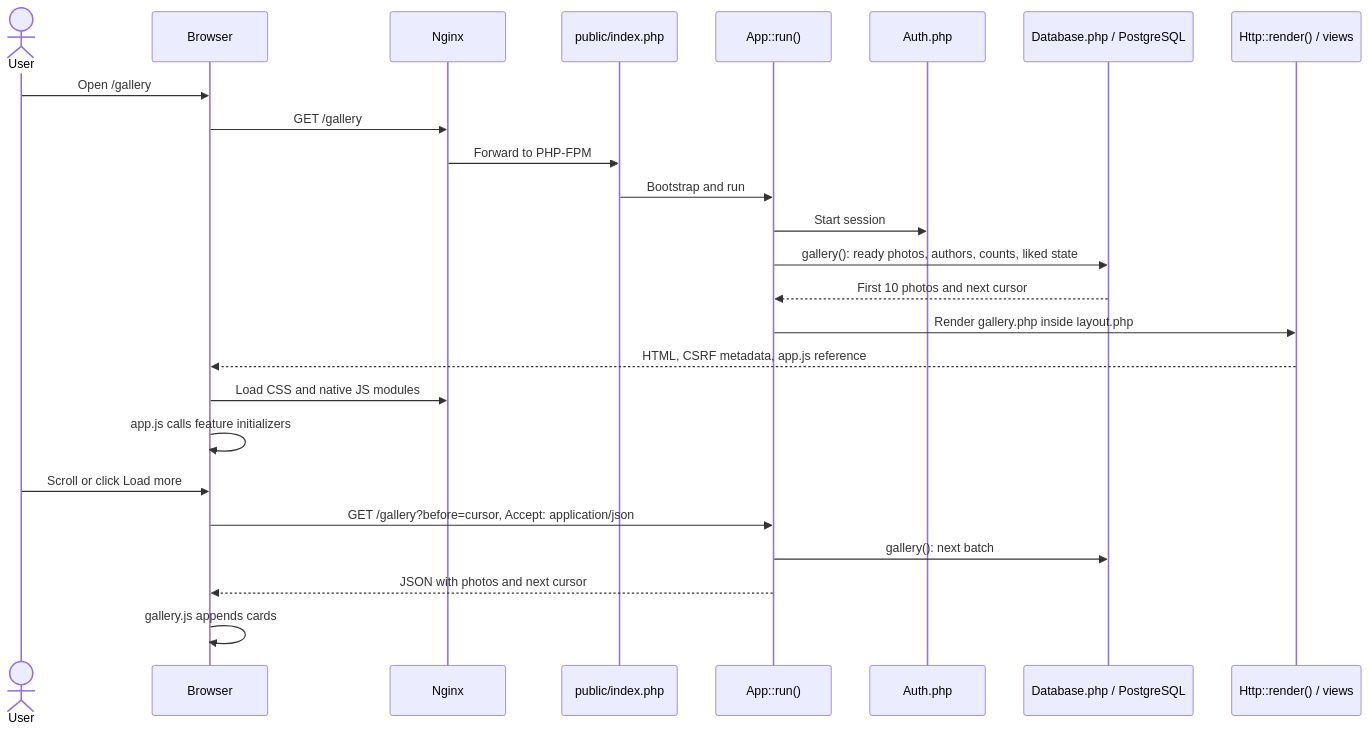
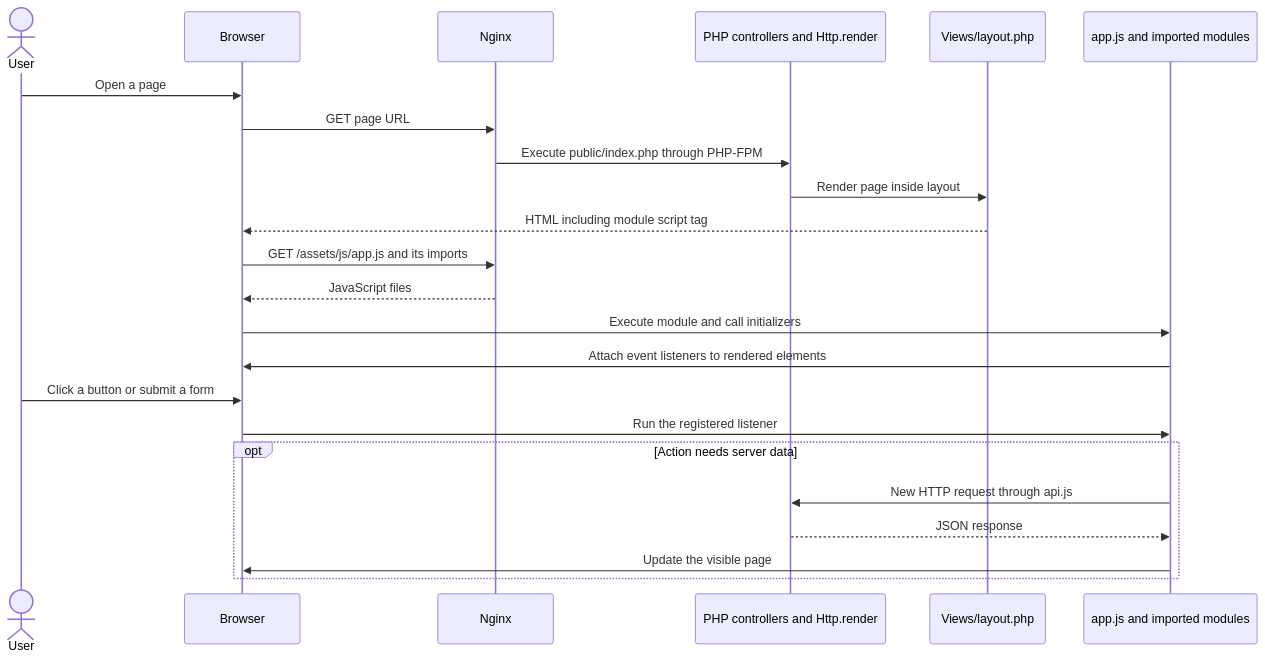
Before and after one commit to mtellami/camagru: the second of 8 diagrams in ARCHITECTURE.md, drawn with Mermaid. The commit also changed other lines of this file and 53 other files, not shown here.

````diff
--- a/ARCHITECTURE.md
+++ b/ARCHITECTURE.md
@@ -39,27 +53,25 @@
 ```mermaid
 sequenceDiagram
     actor User
     participant Browser
     participant Nginx
-    participant Entry as public/index.php
-    participant App as App::run()
-    participant Auth as Auth.php
-    participant DB as Database.php / PostgreSQL
-    participant View as Http::render() / views
-    User->>Browser: Open /gallery
-    Browser->>Nginx: GET /gallery
-    Nginx->>Entry: Forward to PHP-FPM
-    Entry->>App: Bootstrap and run
-    App->>Auth: Start session
-    App->>DB: gallery(): ready photos, authors, counts, liked state
-    DB-->>App: First 10 photos and next cursor
-    App->>View: Render gallery.php inside layout.php
-    View-->>Browser: HTML, CSRF metadata, app.js reference
-    Browser->>Nginx: Load CSS and native JS modules
-    Browser->>Browser: app.js calls feature initializers
-    User->>Browser: Scroll or click Load more
-    Browser->>App: GET /gallery?before=cursor, Accept: application/json
-    App->>DB: gallery(): next batch
-    App-->>Browser: JSON with photos and next cursor
-    Browser->>Browser: gallery.js appends cards
+    participant PHP as PHP controllers and Http.render
+    participant Layout as Views/layout.php
+    participant JS as app.js and imported modules
+    User->>Browser: Open a page
+    Browser->>Nginx: GET page URL
+    Nginx->>PHP: Execute public/index.php through PHP-FPM
+    PHP->>Layout: Render page inside layout
+    Layout-->>Browser: HTML including module script tag
+    Browser->>Nginx: GET /assets/js/app.js and its imports
+    Nginx-->>Browser: JavaScript files
+    Browser->>JS: Execute module and call initializers
+    JS->>Browser: Attach event listeners to rendered elements
+    User->>Browser: Click a button or submit a form
+    Browser->>JS: Run the registered listener
+    opt Action needs server data
+        JS->>PHP: New HTTP request through api.js
+        PHP-->>JS: JSON response
+        JS->>Browser: Update the visible page
+    end
 ```
````
